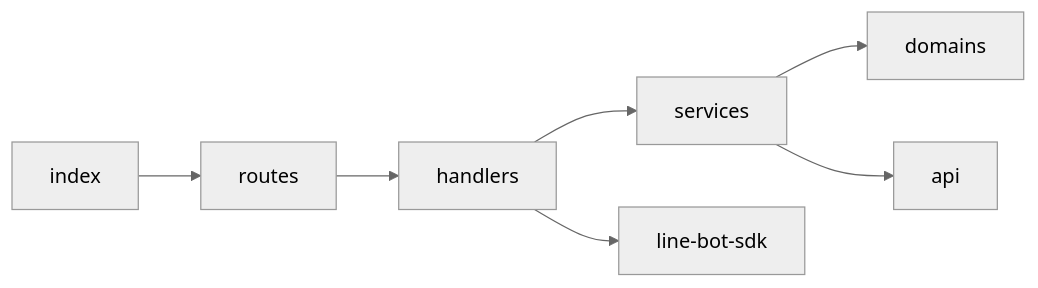
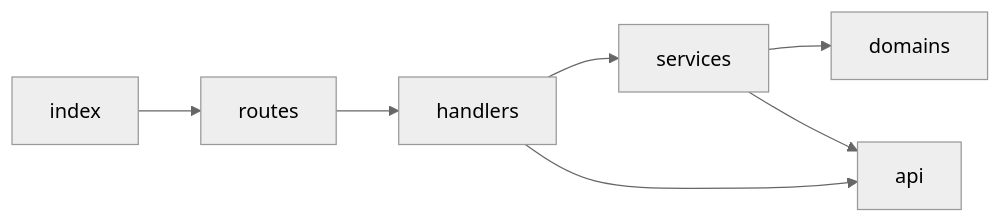
The first of 3 diagrams in readme.md (mitsuoka0423/bun-line-bot-tax-calc.ts), drawn with Mermaid (neutral theme) before and after one commit. The commit also changed 3 other files, not shown here.

````diff
--- a/readme.md
+++ b/readme.md
@@ -21,9 +21,9 @@
 ```mermaid
 flowchart LR
   index --> routes
   routes --> handlers
   handlers --> services
-  handlers --> line-bot-sdk
+  handlers --> api
   services --> domains
   services --> api
 ```
````
